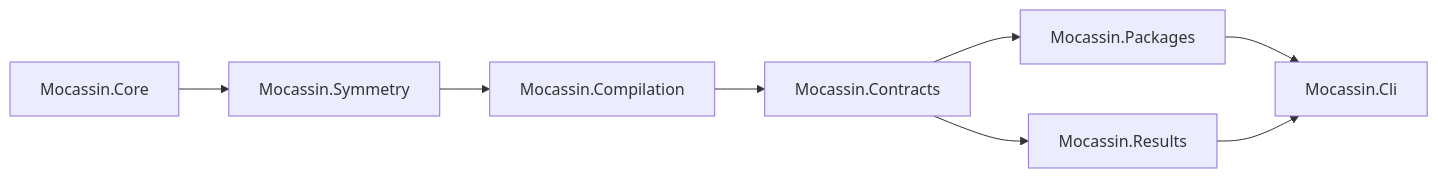
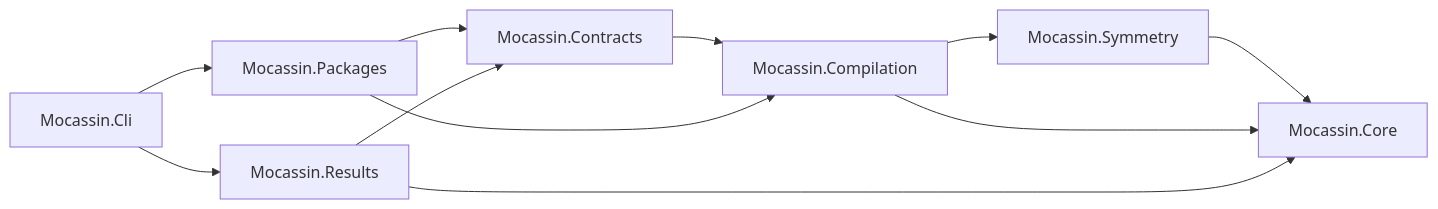
The first of 2 diagrams in docs/development/architecture.md (seb-eis/mocassin-2), drawn with Mermaid before and after one commit. The commit also changed other lines of this file and 58 other files, not shown here.

````diff
--- a/docs/development/architecture.md
+++ b/docs/development/architecture.md
@@ -8,10 +8,13 @@
 ```mermaid
 flowchart LR
-  Core[Mocassin.Core] --> Symmetry[Mocassin.Symmetry]
-  Symmetry --> Compilation[Mocassin.Compilation]
-  Compilation --> Contracts[Mocassin.Contracts]
-  Contracts --> Packages[Mocassin.Packages]
-  Contracts --> Results[Mocassin.Results]
-  Packages --> Cli[Mocassin.Cli]
-  Results --> Cli
+  Symmetry[Mocassin.Symmetry] --> Core[Mocassin.Core]
+  Compilation[Mocassin.Compilation] --> Symmetry
+  Compilation --> Core
+  Contracts[Mocassin.Contracts] --> Compilation
+  Packages[Mocassin.Packages] --> Contracts
+  Packages --> Compilation
+  Results[Mocassin.Results] --> Contracts
+  Results --> Core
+  Cli[Mocassin.Cli] --> Packages
+  Cli --> Results
 ```
````
